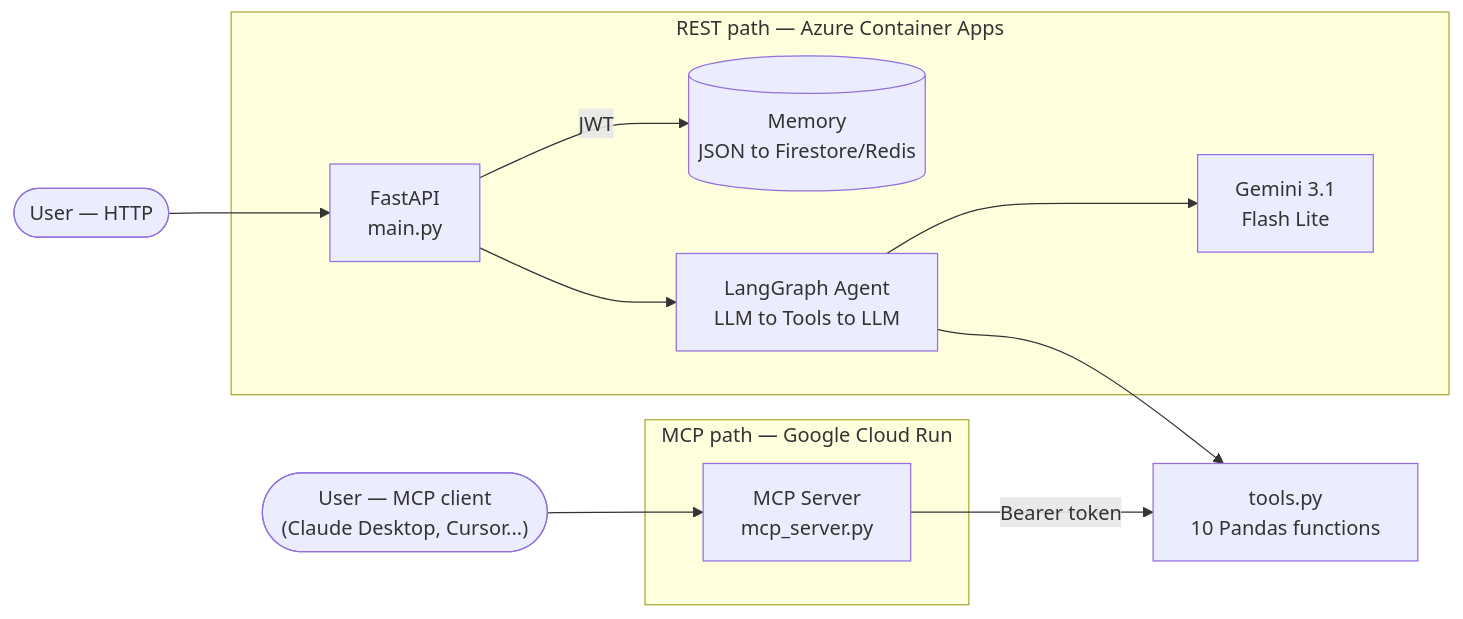
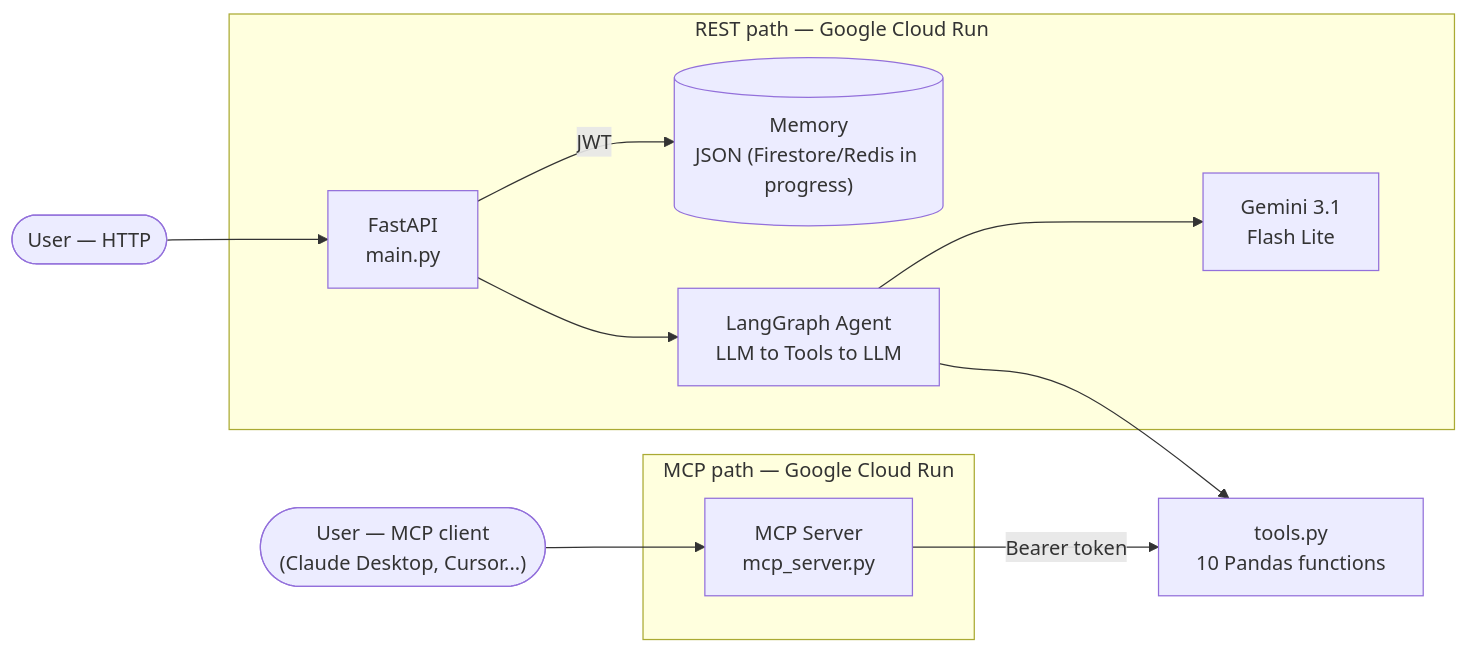
The diagram in README.md (bernytech25/sales-intelligence-agent), drawn with Mermaid before and after one commit. The commit also changed other lines of this file and 28 other files, not shown here.

````diff
--- a/README.md
+++ b/README.md
@@ -23,18 +22,18 @@
 ```mermaid
 flowchart LR
     userHttp(["User — HTTP"]) --> fastapi
     userMcp(["User — MCP client<br/>(Claude Desktop, Cursor...)"]) --> mcpServer
 
-    subgraph rest["REST path — Azure Container Apps"]
-        fastapi["FastAPI<br/>main.py"] -- JWT --> memory[("Memory<br/>JSON to Firestore/Redis")]
+    subgraph rest["REST path — Google Cloud Run"]
+        fastapi["FastAPI<br/>main.py"] -- JWT --> memory[("Memory<br/>JSON (Firestore/Redis in progress)")]
         fastapi --> agent["LangGraph Agent<br/>LLM to Tools to LLM"]
         agent --> gemini["Gemini 3.1<br/>Flash Lite"]
     end
 
     subgraph mcp["MCP path — Google Cloud Run"]
         mcpServer["MCP Server<br/>mcp_server.py"]
     end
 
     agent --> tools["tools.py<br/>10 Pandas functions"]
     mcpServer -- Bearer token --> tools
 ```
````
